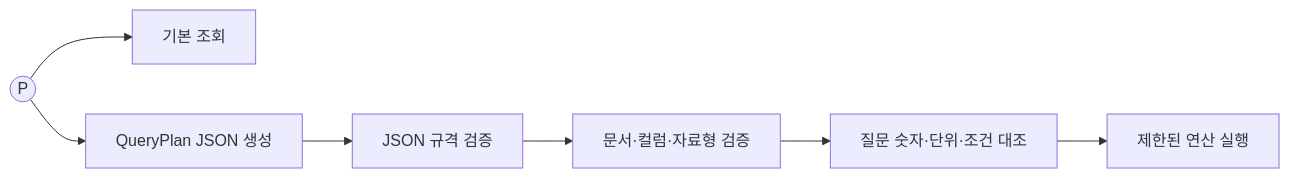
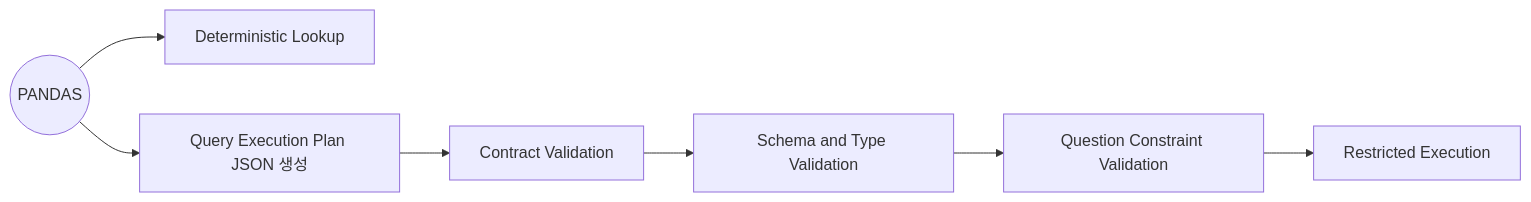
Diagram 11 of 16 in README.md (knu-2026-summer-main-enhancement/finance-doc-agent), drawn with Mermaid before and after one commit. The commit also changed other lines of this file, not shown here.

Commit message:
Document English routing architecture

````diff
--- a/README.md
+++ b/README.md
@@ -402,9 +402,9 @@
 ```mermaid
 flowchart LR
-    P((P)) --> D[기본 조회]
-    P --> QP[QueryPlan JSON 생성]
-    QP --> V1[JSON 규격 검증]
-    V1 --> V2[문서·컬럼·자료형 검증]
-    V2 --> V3[질문 숫자·단위·조건 대조]
-    V3 --> X[제한된 연산 실행]
+    P((PANDAS)) --> D[Deterministic Lookup]
+    P --> QP[Query Execution Plan JSON 생성]
+    QP --> V1[Contract Validation]
+    V1 --> V2[Schema and Type Validation]
+    V2 --> V3[Question Constraint Validation]
+    V3 --> X[Restricted Execution]
 ```
````
